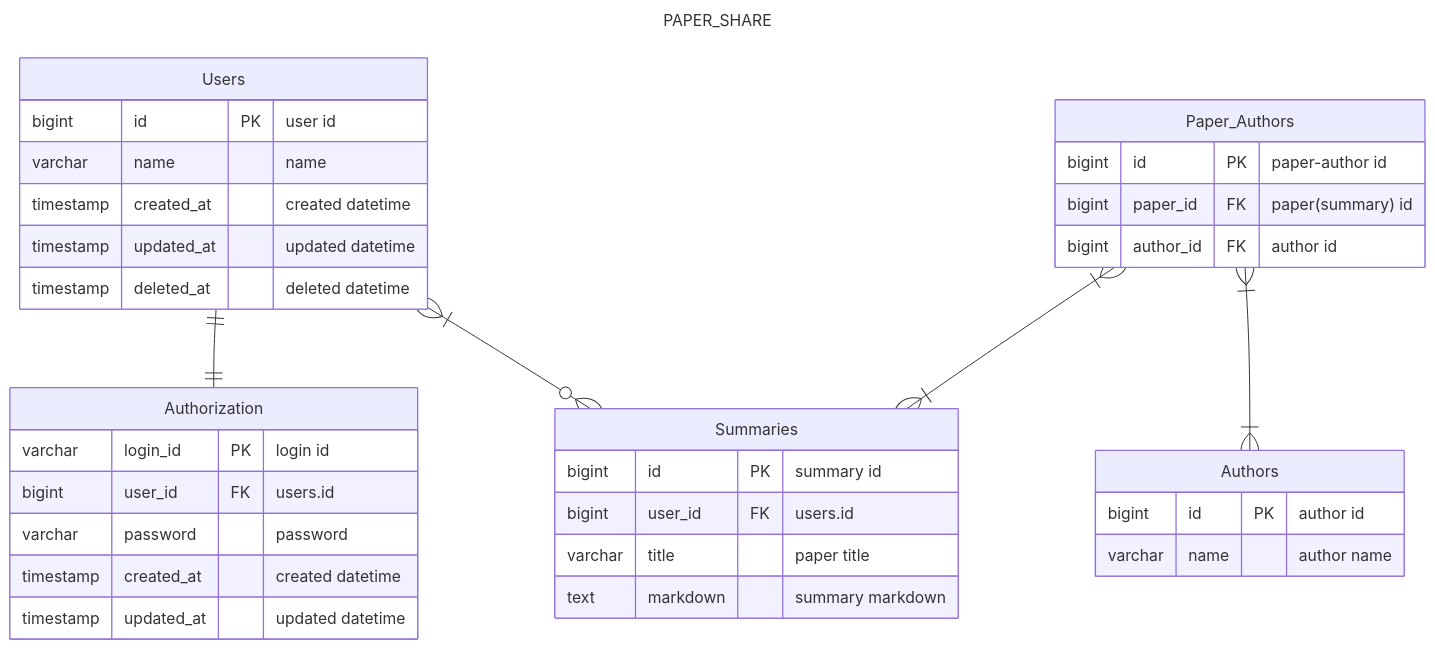
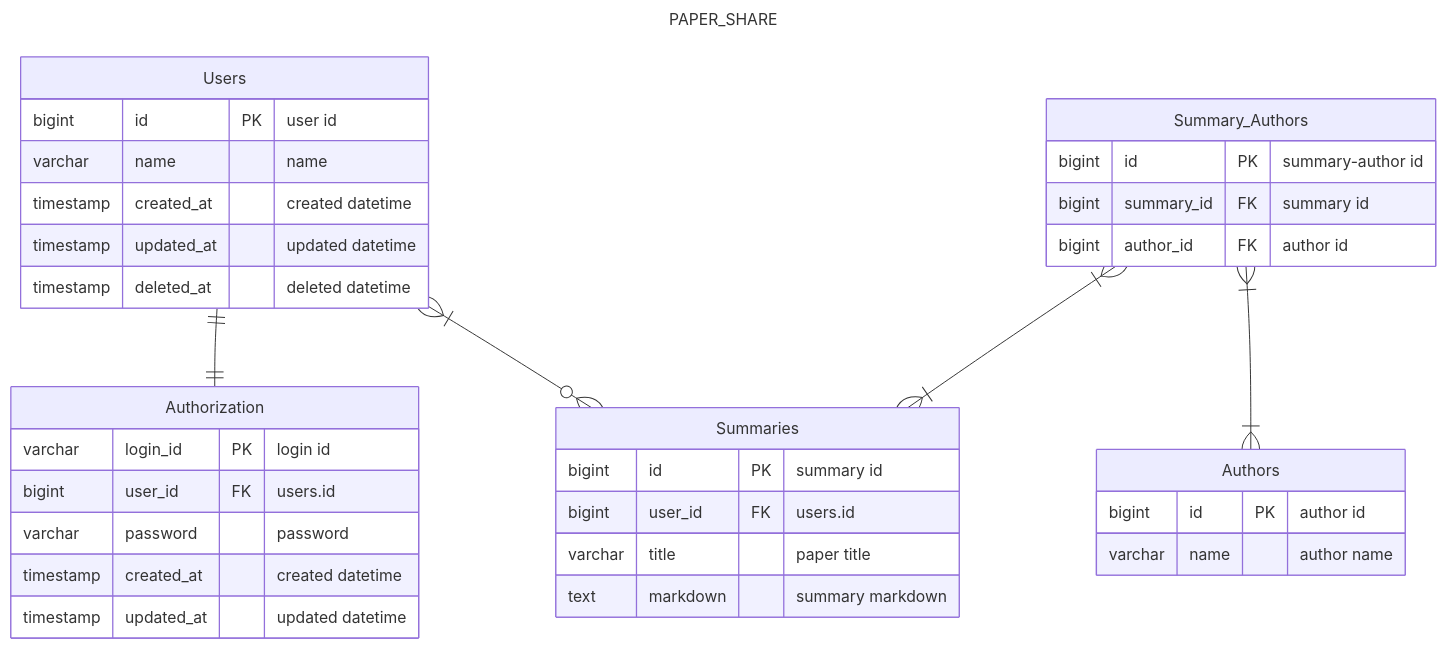
The diagram in erd.md (ichiro-ss/paper-share-back), drawn with Mermaid before and after one commit.

Commit message:
renew paper_authors -> summary_authors

````diff
--- a/erd.md
+++ b/erd.md
@@ -3,40 +3,40 @@
 ```mermaid
 ---
 title: "PAPER_SHARE"
 ---
 erDiagram
     Users ||--|| Authorization : ""
     Users }|--o{ Summaries: ""
-    Paper_Authors }|--|{ Summaries: ""
-    Paper_Authors }|--|{ Authors: ""
+    Summary_Authors }|--|{ Summaries: ""
+    Summary_Authors }|--|{ Authors: ""
 
     Users {
         bigint id PK "user id"
         varchar name "name"
         timestamp created_at "created datetime"
         timestamp updated_at "updated datetime"
         timestamp deleted_at "deleted datetime"
     }
     Authorization {
         varchar login_id PK "login id"
         bigint user_id FK "users.id"
         varchar password "password"
         timestamp created_at "created datetime"
         timestamp updated_at "updated datetime"
     }
     Summaries {
         bigint id PK "summary id"
         bigint user_id FK "users.id"
         varchar title "paper title"
         text markdown "summary markdown"
     }
-    Paper_Authors {
-        bigint id PK "paper-author id"
-        bigint paper_id FK "paper(summary) id"
+    Summary_Authors {
+        bigint id PK "summary-author id"
+        bigint summary_id FK "summary id"
         bigint author_id FK "author id"
     }
     Authors {
         bigint id PK "author id"
         varchar name "author name"
     }
 ```
````
